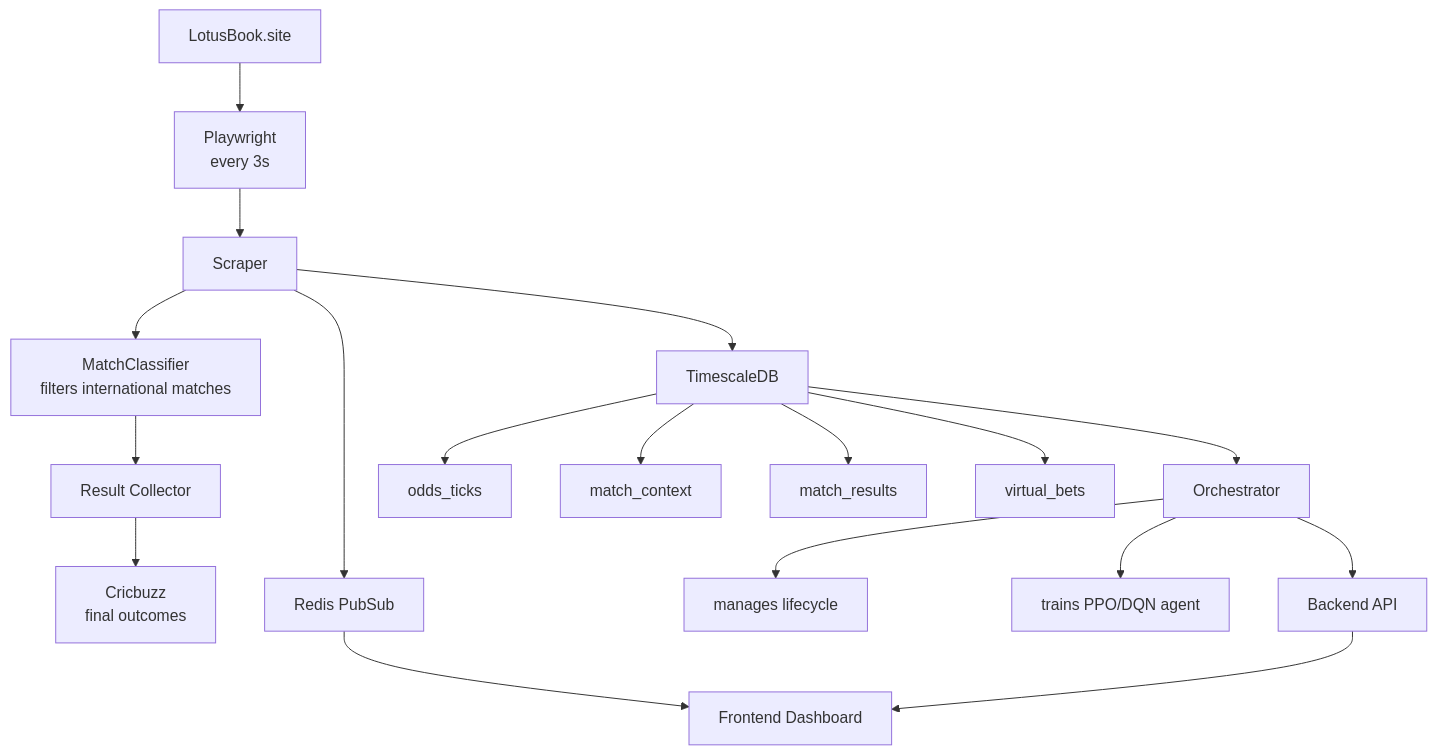
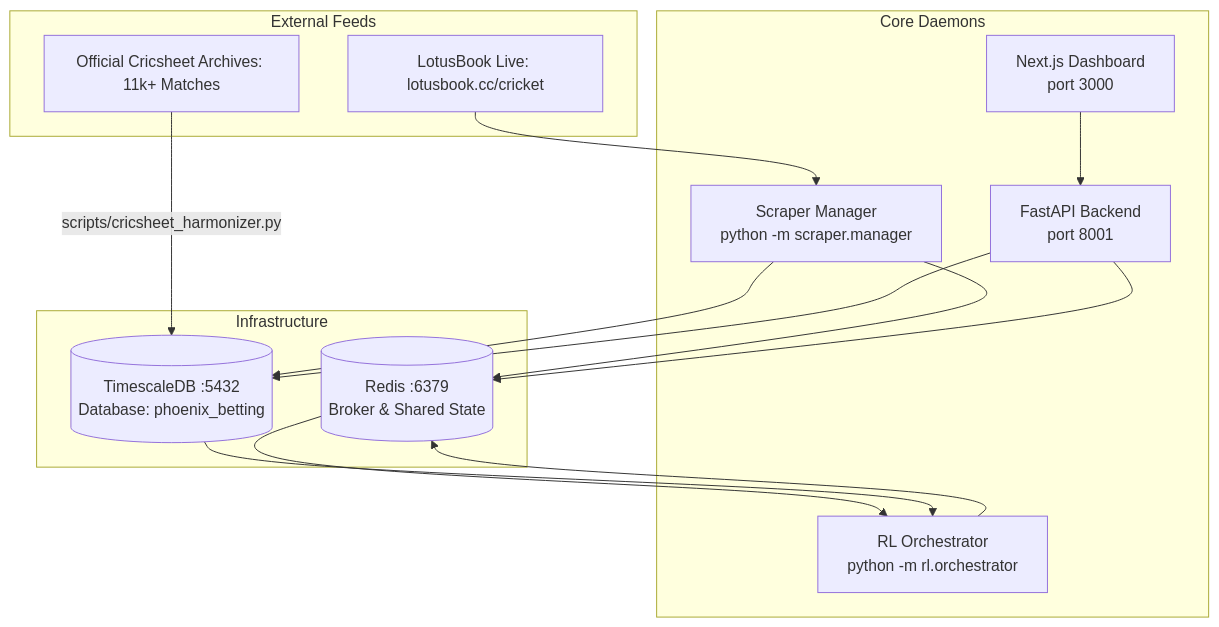
One commit to sohabena/prediction-claude changed the diagram in docs/ADMIN_GUIDE.md. Above: the diagram before and after it, drawn with Mermaid. The commit also changed other lines of this file and 50 other files, not shown here.

````diff
--- a/docs/ADMIN_GUIDE.md
+++ b/docs/ADMIN_GUIDE.md
@@ -5,24 +11,30 @@
 ```mermaid
 flowchart TD
-    A[LotusBook.site] --> B[Playwright<br/>every 3s]
-    B --> C[Scraper]
-    C --> D[MatchClassifier<br/>filters international matches]
-    D --> E[Result Collector]
-    E --> F[Cricbuzz<br/>final outcomes]
-    
-    C --> G[Redis PubSub]
-    G --> H[Frontend Dashboard]
-    
-    C --> I[TimescaleDB]
-    I --> J[odds_ticks]
-    I --> K[match_context]
-    I --> L[match_results]
-    I --> M[virtual_bets]
-    
-    I --> N[Orchestrator]
-    N --> O[manages lifecycle]
-    N --> P[trains PPO/DQN agent]
-    
-    N --> Q[Backend API]
-    Q --> H
+    subgraph "External Feeds"
+        A[LotusBook Live: lotusbook.cc/cricket]
+        B[Official Cricsheet Archives: 11k+ Matches]
+    end
+
+    subgraph "Core Daemons"
+        C[Scraper Manager<br/>python -m scraper.manager]
+        D[RL Orchestrator<br/>python -m rl.orchestrator]
+        E[FastAPI Backend<br/>port 8001]
+        F[Next.js Dashboard<br/>port 3000]
+    end
+
+    subgraph "Infrastructure"
+        G[(TimescaleDB :5432<br/>Database: phoenix_betting)]
+        H[(Redis :6379<br/>Broker & Shared State)]
+    end
+
+    A --> C
+    B -->|scripts/cricsheet_harmonizer.py| G
+    C --> H
+    C --> G
+    H --> D
+    G --> D
+    D --> H
+    E --> G
+    E --> H
+    F --> E
 ```
````
